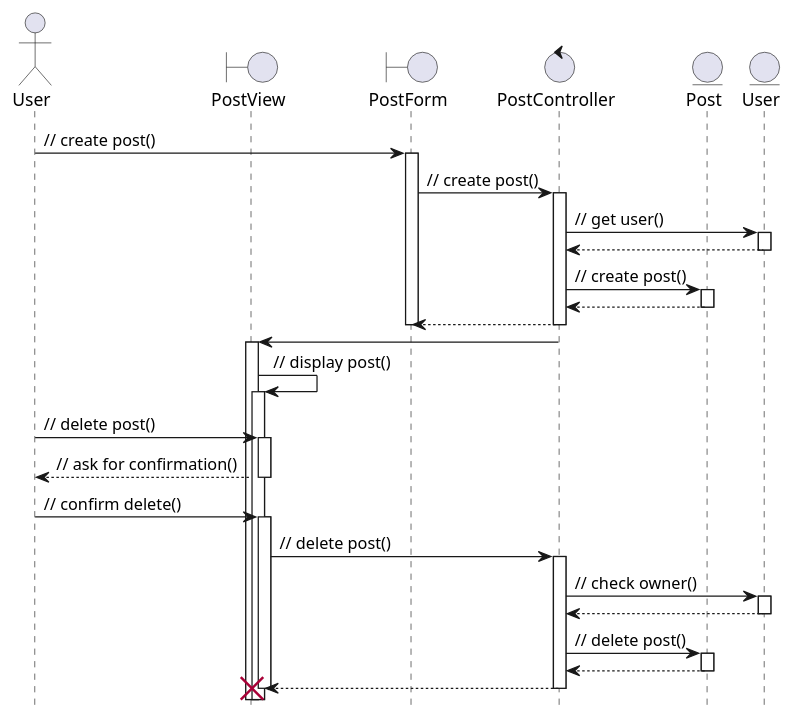
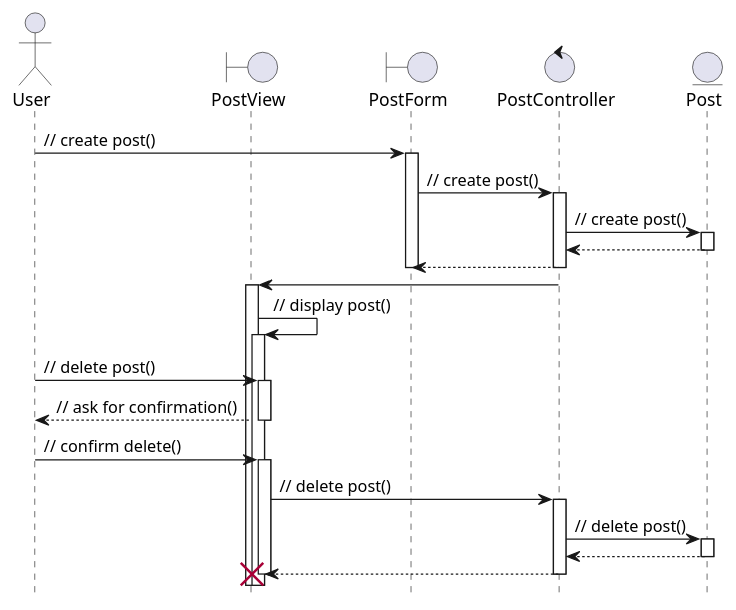
One commit to Huy-Ngo/reddit-design changed the diagram in uc_seq_create_delete.puml. Above: the diagram before and after it, drawn with PlantUML. The commit also changed 3 other files, not shown here.

Commit message:
Update revised diagram for UC analysis

```diff
--- a/uc_seq_create_delete.puml
+++ b/uc_seq_create_delete.puml
@@ -1,38 +1,33 @@
 @startuml
 
 hide footbox
 autoactivate on
 
 actor User as user
 boundary PostView as post_view
 boundary PostForm as post_form
 control PostController as post_ctl
 entity Post as post_ent
-entity User as user_ent
 
 'Create post
 user -> post_form : // create post()
 post_form -> post_ctl : // create post()
-post_ctl -> user_ent : // get user()
-user_ent --> post_ctl
 post_ctl -> post_ent : // create post()
 post_ent --> post_ctl
 post_ctl --> post_form
 deactivate post_form
 post_ctl -> post_view
 post_view -> post_view : // display post()
 
 'Delete post
 user -> post_view : // delete post()
 post_view --> user : // ask for confirmation()
 user -> post_view : // confirm delete()
 post_view -> post_ctl : // delete post()
-post_ctl -> user_ent : // check owner()
-user_ent --> post_ctl
 post_ctl -> post_ent : // delete post()
 post_ent --> post_ctl
 post_ctl --> post_view
 
 destroy post_view
 
 @enduml
```
